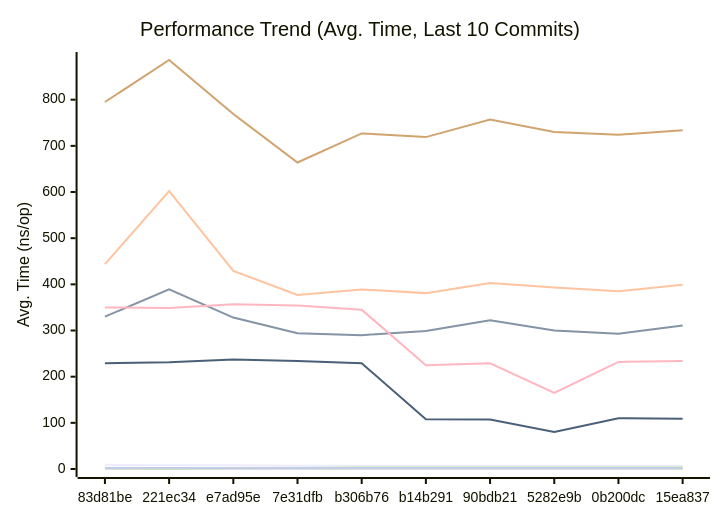
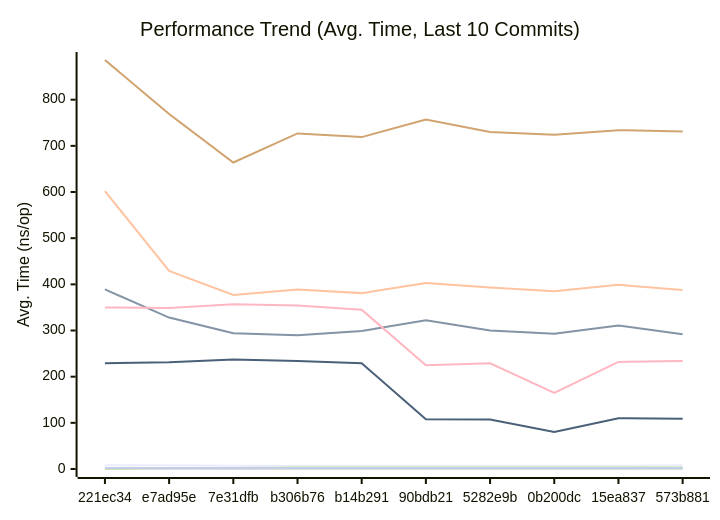
One commit to alsotoes/momo changed the first of 3 diagrams in docs/PERFORMANCE.md. Above: the diagram before and after it, drawn with Mermaid. The commit also changed other lines of this file and 2 other files, not shown here.

````diff
--- a/docs/PERFORMANCE.md
+++ b/docs/PERFORMANCE.md
@@ -80,16 +80,16 @@
 ```mermaid
 xychart-beta
     title "Performance Trend (Avg. Time, Last 10 Commits)"
     x-axis "Commit"
     y-axis "Avg. Time (ns/op)"
-    x-axis [83d81be,221ec34,e7ad95e,7e31dfb,b306b76,b14b291,90bdb21,5282e9b,0b200dc,15ea837]
-    line "CheckMetricsAndSwap" [9,8,8,7,7,7,7,7,7,7]
-    line "CrushOptimized" [330,389,328,294,290,299,322,300,293,311]
-    line "CrushOriginal" [444,602,429,377,389,381,403,393,385,399]
+    x-axis [221ec34,e7ad95e,7e31dfb,b306b76,b14b291,90bdb21,5282e9b,0b200dc,15ea837,573b881]
+    line "CheckMetricsAndSwap" [8,8,7,7,7,7,7,7,7,8]
+    line "CrushOptimized" [389,328,294,290,299,322,300,293,311,292]
+    line "CrushOriginal" [602,429,377,389,381,403,393,385,399,388]
     line "IndexDirectTracking" [0,0,0,0,0,0,0,0,0,0]
-    line "IndexSearch" [2,1,2,2,3,3,3,3,3,3]
-    line "LoadGlobalConfig" [795,886,769,664,727,719,757,730,724,734]
+    line "IndexSearch" [1,2,2,3,3,3,3,3,3,3]
+    line "LoadGlobalConfig" [886,769,664,727,719,757,730,724,734,731]
     line "PadString" [2,2,2,2,2,2,2,2,2,2]
     line "ParseReplicationOrder_NoPrealloc" [350,349,357,354,345,225,229,165,232,234]
     line "ParseReplicationOrder_Prealloc" [229,231,237,234,229,108,107,80,110,109]
 ```
````
